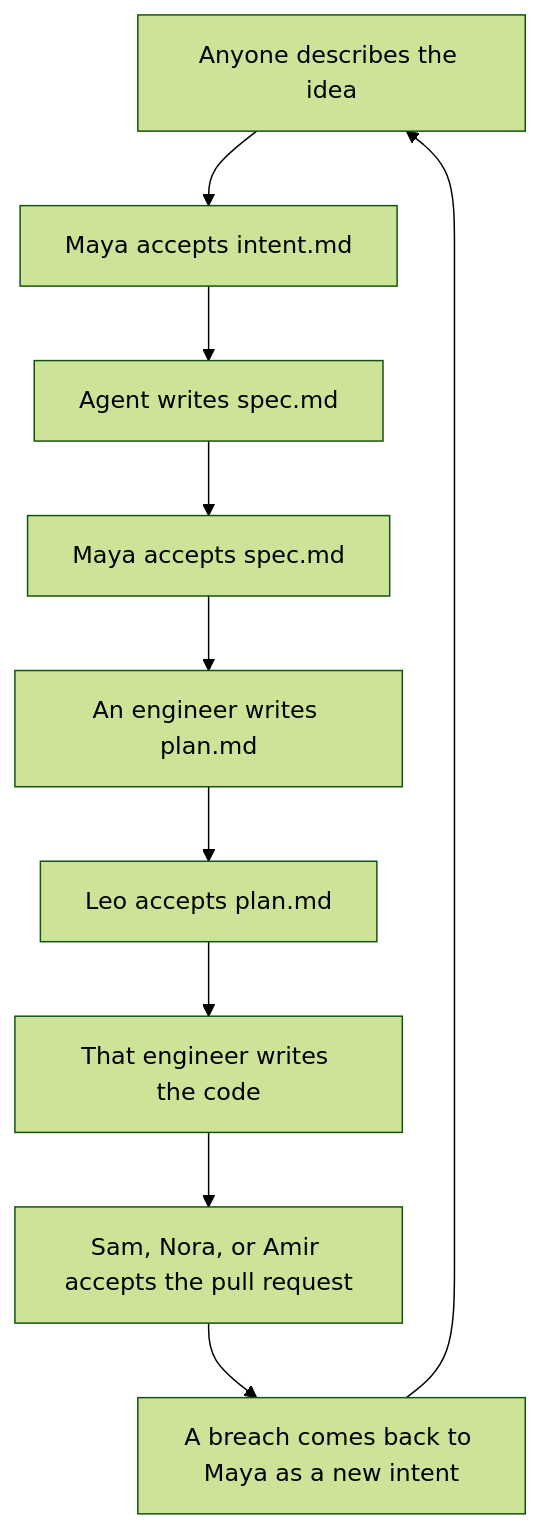
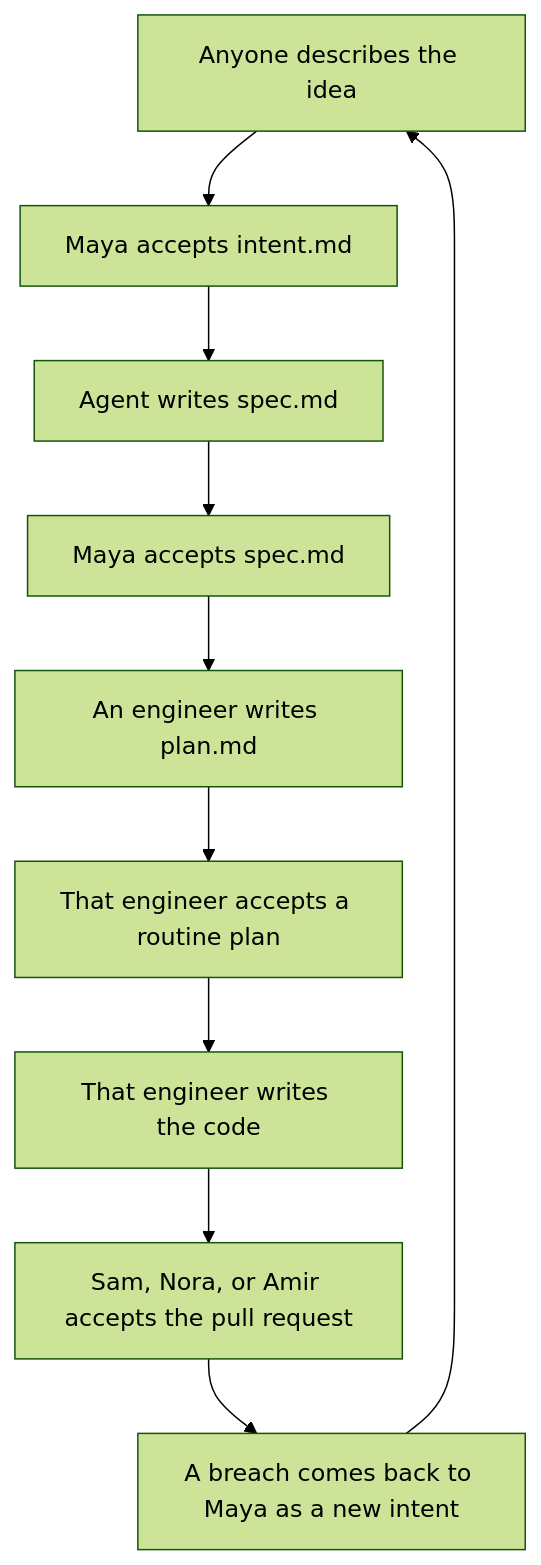
One commit to yamcodes/sdlc-todo changed the diagram in README.md. Above: the diagram before and after it, drawn with Mermaid (forest theme). The commit also changed other lines of this file and 4 other files, not shown here.

Commit message:
Save the plan mode text as plan.md and let the engineer accept a routine plan.

````diff
--- a/README.md
+++ b/README.md
@@ -34,14 +34,14 @@
 ```mermaid
 flowchart TD
   idea[Anyone describes the idea]
   intent[Maya accepts intent.md]
   spec[Agent writes spec.md]
   specOk[Maya accepts spec.md]
   plan[An engineer writes plan.md]
-  planOk[Leo accepts plan.md]
+  planOk[That engineer accepts a routine plan]
   code[That engineer writes the code]
   pr[Sam, Nora, or Amir accepts the pull request]
   again[A breach comes back to Maya as a new intent]
   idea --> intent --> spec --> specOk --> plan --> planOk --> code --> pr --> again
   again --> idea
 ```
````
